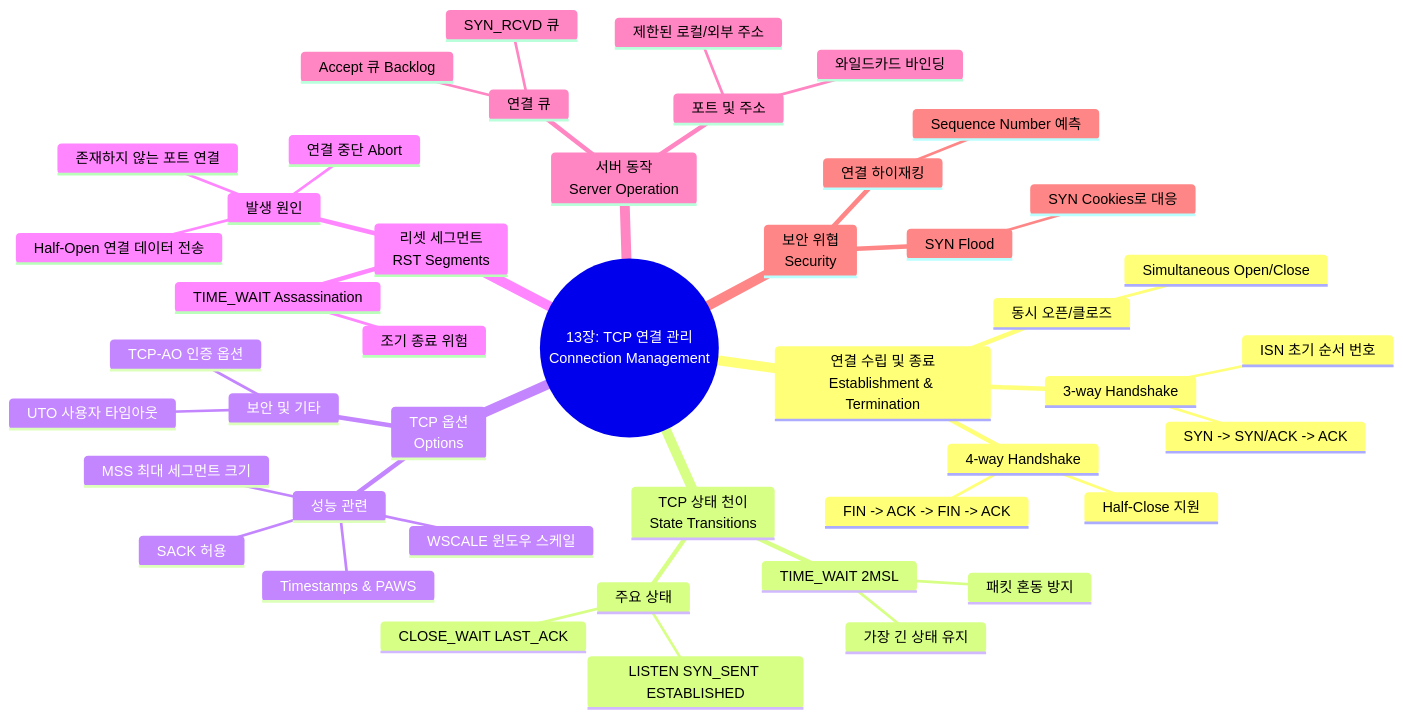
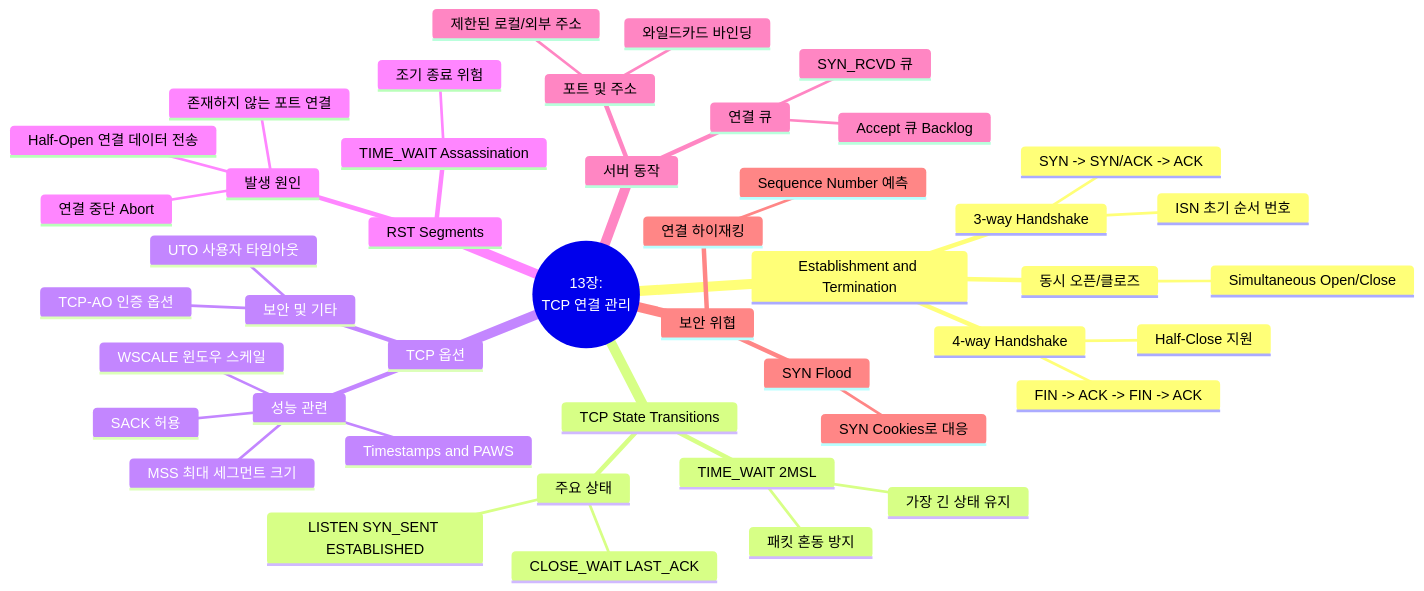
Before and after one commit to youngmin-gwon/what-i-studied: the diagram in 01_inbox/books/tcp_ip_illustrated_1/chapter13.md, drawn with Mermaid. The commit also changed other lines of this file and 6 other files, not shown here.

````diff
--- a/01_inbox/books/tcp_ip_illustrated_1/chapter13.md
+++ b/01_inbox/books/tcp_ip_illustrated_1/chapter13.md
@@ -11,48 +13,48 @@
 ```mermaid
 mindmap
-  root((13장: TCP 연결 관리<br>Connection Management))
-    연결 수립 및 종료<br>Establishment & Termination
+  root((13장:<br>TCP 연결 관리))
+    Establishment and Termination
       3-way Handshake
         SYN -> SYN/ACK -> ACK
         ISN 초기 순서 번호
       4-way Handshake
         FIN -> ACK -> FIN -> ACK
         Half-Close 지원
       동시 오픈/클로즈
         Simultaneous Open/Close
-    TCP 상태 천이<br>State Transitions
+    TCP State Transitions
       주요 상태
         LISTEN SYN_SENT ESTABLISHED
         CLOSE_WAIT LAST_ACK
       TIME_WAIT 2MSL
         패킷 혼동 방지
         가장 긴 상태 유지
-    TCP 옵션<br>Options
+    TCP 옵션
       성능 관련
         MSS 최대 세그먼트 크기
         WSCALE 윈도우 스케일
         SACK 허용
-        Timestamps & PAWS
+        Timestamps and PAWS
       보안 및 기타
         TCP-AO 인증 옵션
         UTO 사용자 타임아웃
-    리셋 세그먼트<br>RST Segments
+    RST Segments
       발생 원인
         존재하지 않는 포트 연결
         연결 중단 Abort
         Half-Open 연결 데이터 전송
       TIME_WAIT Assassination
         조기 종료 위험
-    서버 동작<br>Server Operation
+    서버 동작
       포트 및 주소
         와일드카드 바인딩
         제한된 로컬/외부 주소
       연결 큐
         SYN_RCVD 큐
         Accept 큐 Backlog
-    보안 위협<br>Security
+    보안 위협
       SYN Flood
         SYN Cookies로 대응
       연결 하이재킹
         Sequence Number 예측
 ```
````
